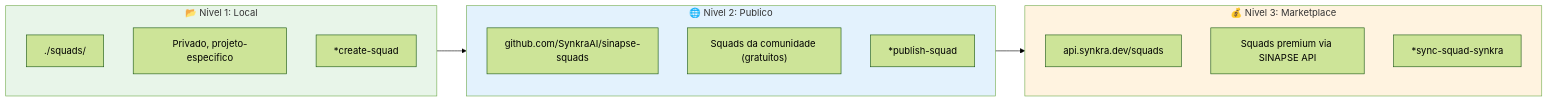
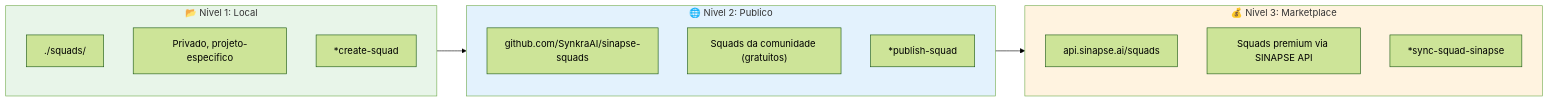
One commit to caioimori/sinapse-ai changed the sixth of 6 diagrams in docs/sinapse-agent-flows/squad-creator-system.md. Above: the diagram before and after it, drawn with Mermaid (forest theme). The commit also changed other lines of this file and 166 other files, not shown here.

First line of the commit message:
feat: merge completo — 17 squads + framework unificado SINAPSE

````diff
--- a/docs/sinapse-agent-flows/squad-creator-system.md
+++ b/docs/sinapse-agent-flows/squad-creator-system.md
@@ -558,27 +558,27 @@
 ```mermaid
 flowchart LR
     subgraph LOCAL["📂 Nivel 1: Local"]
         L_PATH["./squads/"]
         L_DESC["Privado, projeto-especifico"]
         L_CMD["*create-squad"]
     end
 
     subgraph PUBLIC["🌐 Nivel 2: Publico"]
         P_REPO["github.com/SynkraAI/sinapse-squads"]
         P_DESC["Squads da comunidade (gratuitos)"]
         P_CMD["*publish-squad"]
     end
 
     subgraph MARKET["💰 Nivel 3: Marketplace"]
-        M_API["api.synkra.dev/squads"]
+        M_API["api.sinapse.ai/squads"]
         M_DESC["Squads premium via SINAPSE API"]
-        M_CMD["*sync-squad-synkra"]
+        M_CMD["*sync-squad-sinapse"]
     end
 
     LOCAL --> PUBLIC
     PUBLIC --> MARKET
 
     style LOCAL fill:#e8f5e9
     style PUBLIC fill:#e3f2fd
     style MARKET fill:#fff3e0
 ```
````
